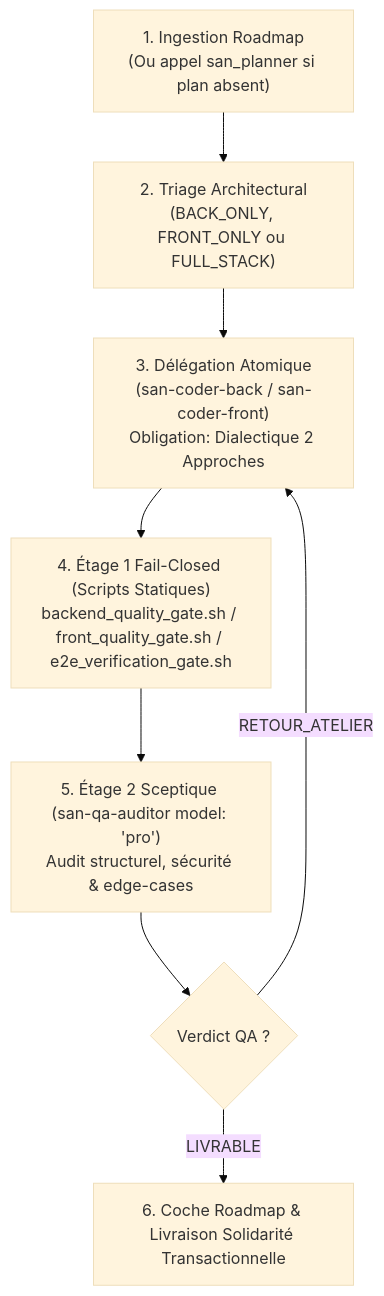
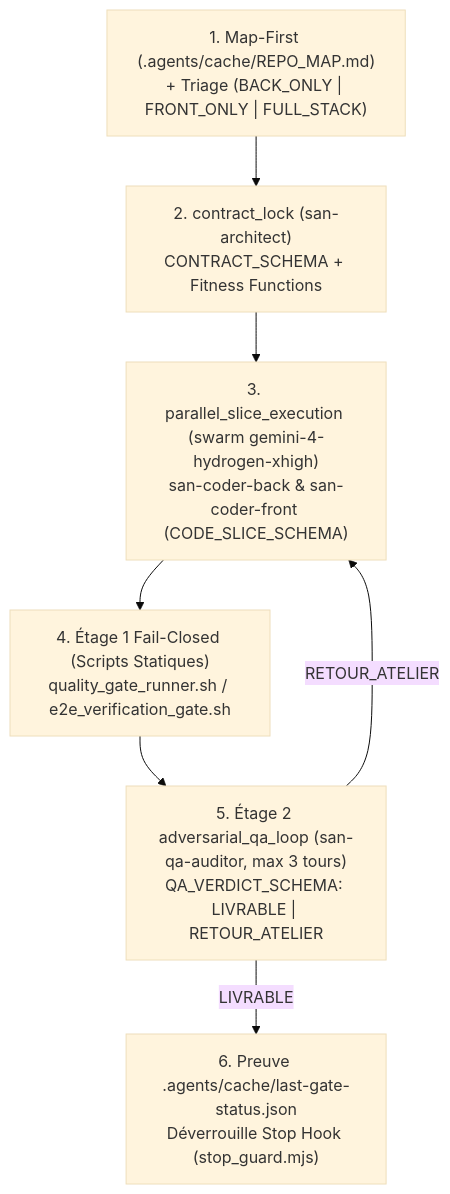
The diagram in src/skills/san_executer/SKILL.md (alexsan-dev/san_agy_framework), drawn with Mermaid (base theme) before and after one commit. The commit also changed other lines of this file and 53 other files, not shown here.

````diff
--- a/src/skills/san_executer/SKILL.md
+++ b/src/skills/san_executer/SKILL.md
@@ -25,10 +23,9 @@
 ```mermaid
 flowchart TD
-    Step1["1. Ingestion Roadmap\n(Ou appel san_planner si plan absent)"] --> Step2["2. Triage Architectural\n(BACK_ONLY, FRONT_ONLY ou FULL_STACK)"]
-    Step2 --> Step3["3. Délégation Atomique\n(san-coder-back / san-coder-front)\nObligation: Dialectique 2 Approches"]
-    Step3 --> Step4["4. Étage 1 Fail-Closed (Scripts Statiques)\nbackend_quality_gate.sh / front_quality_gate.sh / e2e_verification_gate.sh"]
-    Step4 --> Step5["5. Étage 2 Sceptique (san-qa-auditor model: 'pro')\nAudit structurel, sécurité & edge-cases"]
-    Step5 --> Verdict{"Verdict QA ?"}
-    Verdict -->|"RETOUR_ATELIER"| Step3
-    Verdict -->|"LIVRABLE"| Step6["6. Coche Roadmap & Livraison Solidarité Transactionnelle"]
+    S1["1. Map-First (.agents/cache/REPO_MAP.md)\n+ Triage (BACK_ONLY | FRONT_ONLY | FULL_STACK)"] --> S2["2. contract_lock (san-architect)\nCONTRACT_SCHEMA + Fitness Functions"]
+    S2 --> S3["3. parallel_slice_execution (swarm gemini-4-hydrogen-xhigh)\nsan-coder-back & san-coder-front (CODE_SLICE_SCHEMA)"]
+    S3 --> S4["4. Étage 1 Fail-Closed (Scripts Statiques)\nquality_gate_runner.sh / e2e_verification_gate.sh"]
+    S4 --> S5["5. Étage 2 adversarial_qa_loop (san-qa-auditor, max 3 tours)\nQA_VERDICT_SCHEMA: LIVRABLE | RETOUR_ATELIER"]
+    S5 -->|"RETOUR_ATELIER"| S3
+    S5 -->|"LIVRABLE"| S6["6. Preuve .agents/cache/last-gate-status.json\nDéverrouille Stop Hook (stop_guard.mjs)"]
 ```
````
